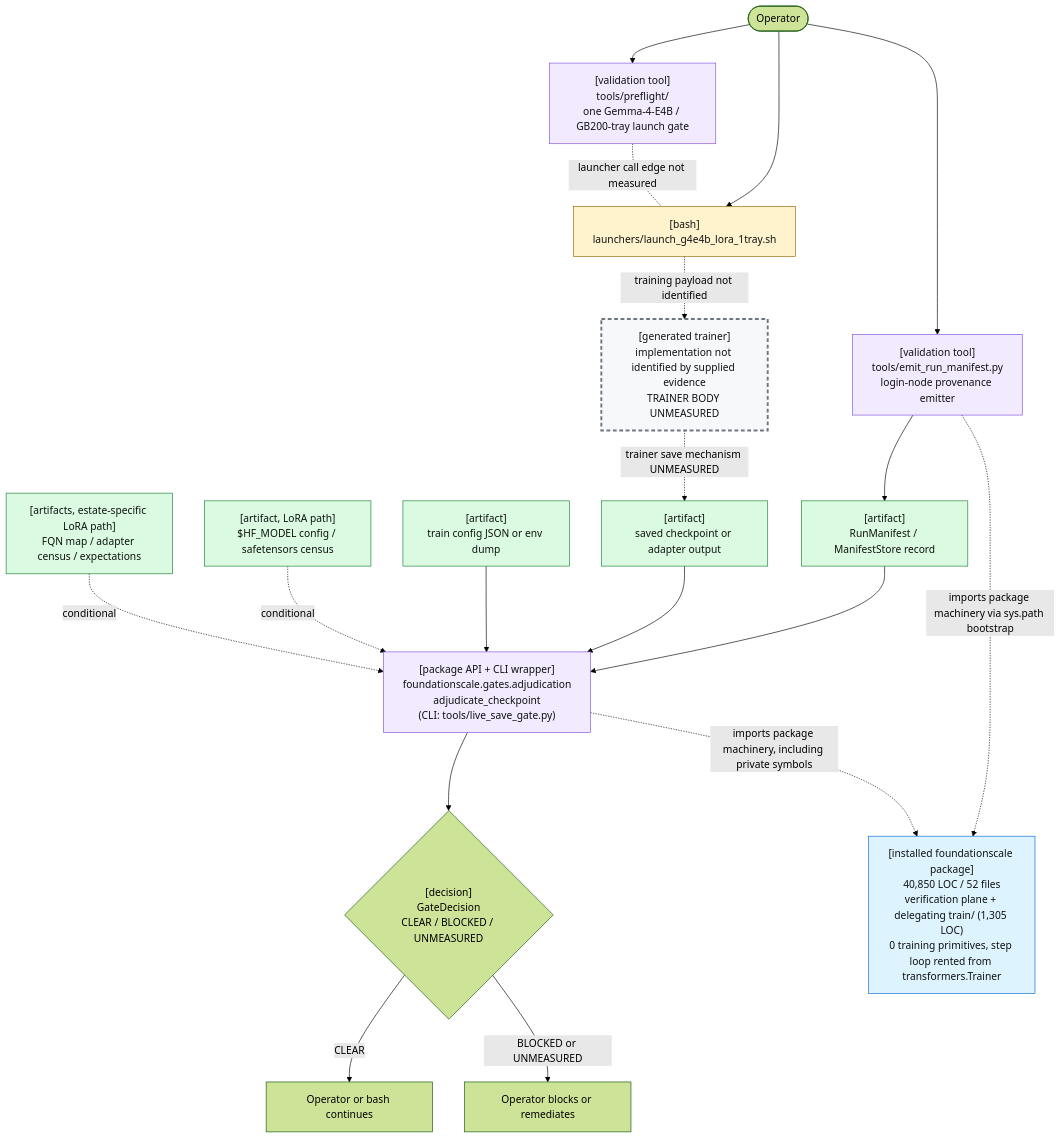
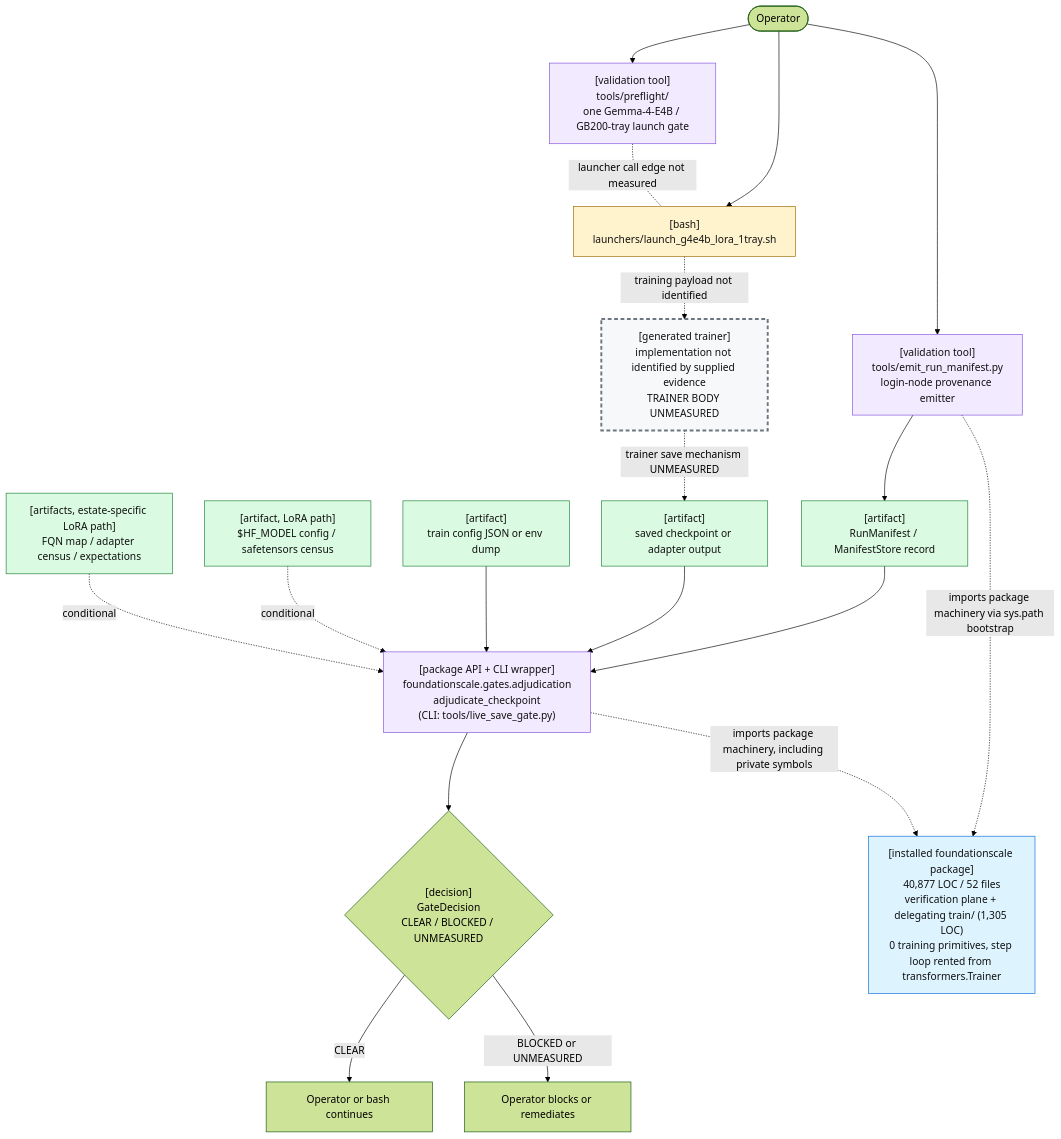
Before and after one commit to TranNhiem/FoundationScale: the first of 2 diagrams in docs/review/D2_current_architecture.md, drawn with Mermaid (forest theme). The commit also changed other lines of this file and 11 other files, not shown here.

````diff
--- a/docs/review/D2_current_architecture.md
+++ b/docs/review/D2_current_architecture.md
@@ -25,59 +25,59 @@
 ```mermaid
 flowchart TB
   O(["Operator"])
 
   PF["[validation tool]<br/>tools/preflight/<br/>one Gemma-4-E4B / GB200-tray launch gate"]
   L["[bash]<br/>launchers/launch_g4e4b_lora_1tray.sh"]
 
   E["[validation tool]<br/>tools/emit_run_manifest.py<br/>login-node provenance emitter"]
   M["[artifact]<br/>RunManifest / ManifestStore record"]
 
   T["[generated trainer]<br/>implementation not identified by supplied evidence<br/>TRAINER BODY UNMEASURED"]
   C["[artifact]<br/>saved checkpoint or adapter output"]
 
   G["[package API + CLI wrapper]<br/>foundationscale.gates.adjudication<br/>adjudicate_checkpoint<br/>(CLI: tools/live_save_gate.py)"]
   CFG["[artifact]<br/>train config JSON or env dump"]
   BASE["[artifact, LoRA path]<br/>$HF_MODEL config / safetensors census"]
   CEN["[artifacts, estate-specific LoRA path]<br/>FQN map / adapter census / expectations"]
 
   D{"[decision]<br/>GateDecision<br/>CLEAR / BLOCKED / UNMEASURED"}
   OK["Operator or bash continues"]
   NO["Operator blocks or remediates"]
 
-  PKG["[installed foundationscale package]<br/>40,850 LOC / 52 files<br/>verification plane + delegating train/ (1,305 LOC)<br/>0 training primitives, step loop rented from transformers.Trainer"]
+  PKG["[installed foundationscale package]<br/>40,877 LOC / 52 files<br/>verification plane + delegating train/ (1,305 LOC)<br/>0 training primitives, step loop rented from transformers.Trainer"]
 
   O --> PF
   O --> L
   PF -. "launcher call edge not measured" .- L
 
   O --> E
   E --> M
 
   L -. "training payload not identified" .-> T
   T -. "trainer save mechanism UNMEASURED" .-> C
 
   M --> G
   C --> G
   CFG --> G
   BASE -. "conditional" .-> G
   CEN -. "conditional" .-> G
 
   E -. "imports package machinery via sys.path bootstrap" .-> PKG
   G -. "imports package machinery, including private symbols" .-> PKG
 
   G --> D
   D -->|"CLEAR"| OK
   D -->|"BLOCKED or UNMEASURED"| NO
 
   classDef bash fill:#fff3cd,stroke:#9a6700,color:#111;
   classDef tool fill:#f2eaff,stroke:#8250df,color:#111;
   classDef artifact fill:#dafbe1,stroke:#1a7f37,color:#111;
   classDef gap fill:#f6f8fa,stroke:#6e7781,stroke-width:3px,stroke-dasharray: 6 4,color:#111;
   classDef pkg fill:#ddf4ff,stroke:#0969da,color:#111;
 
   class L bash;
   class PF,E,G tool;
   class M,C,CFG,BASE,CEN artifact;
   class T gap;
   class PKG pkg;
 ```
````
